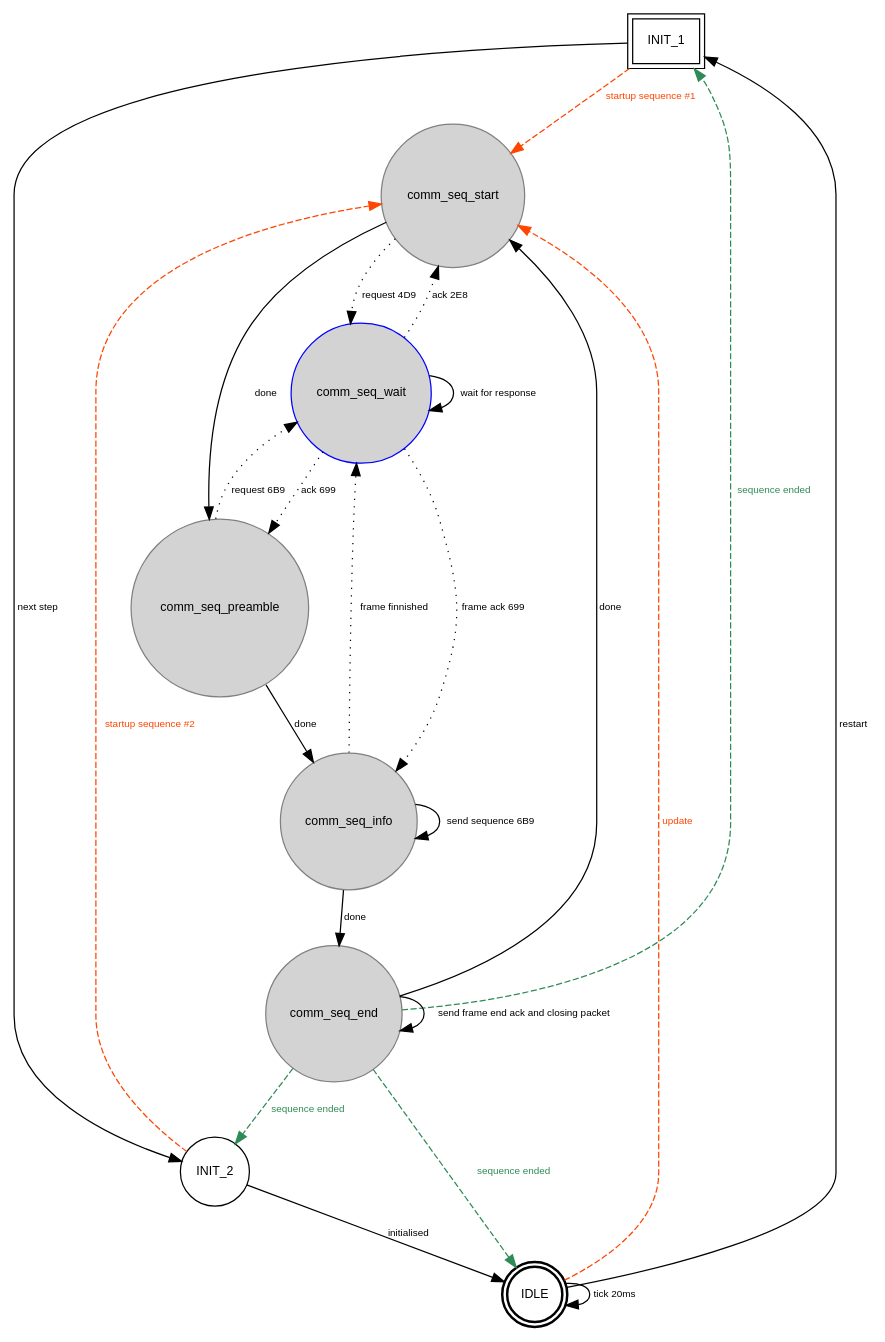
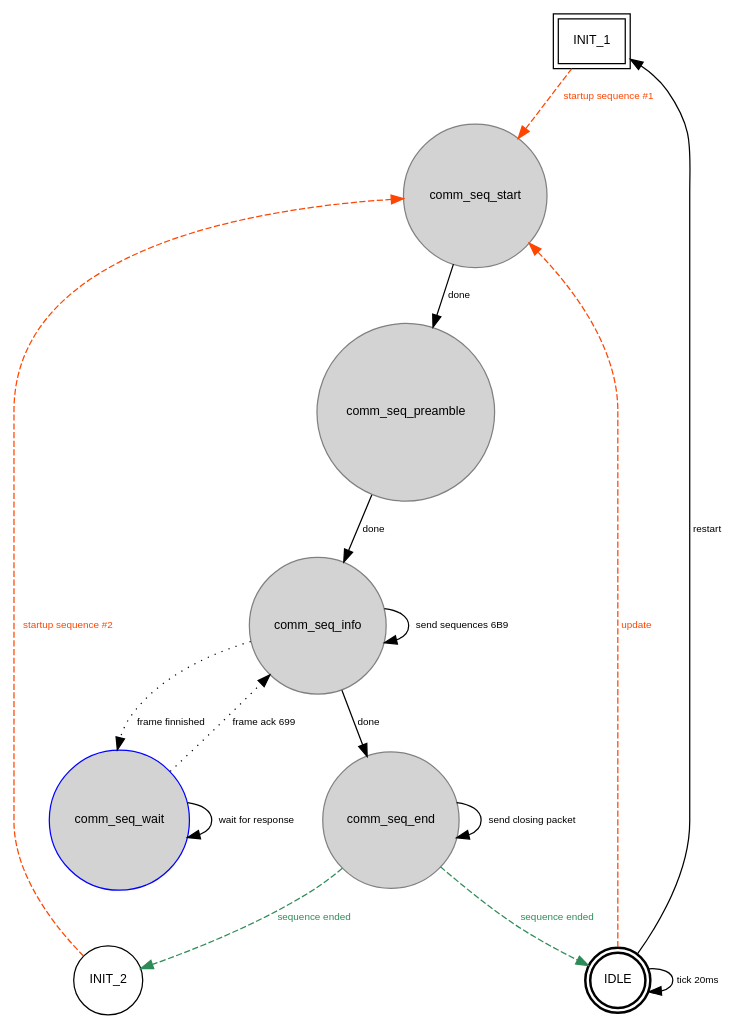
The diagram in CAN2matrix/doc/dot/comm_ic_statemachine.dot (mkleemann/CAN2matrix), drawn with Graphviz before and after one commit. The commit also changed 2 other files, not shown here.

Commit message:
intermediate stage of new state machine and sequence handling; compiles but does not run

```diff
--- a/CAN2matrix/doc/dot/comm_ic_statemachine.dot
+++ b/CAN2matrix/doc/dot/comm_ic_statemachine.dot
@@ -1,42 +1,34 @@
 digraph comm_ic_fsm {
     node [shape=circle, fontname="Helvetica", fontsize=10.0];
     edge [fontname="Helvetica", fontsize=8.0];
 
     INIT_1 [shape=box, peripheries=2];
     INIT_1 -> comm_seq_start [label="startup sequence #1", style=dashed, color=orangered, fontcolor=orangered];
-    INIT_1 -> INIT_2 [label="next step"];
 
     INIT_2 -> comm_seq_start [label="startup sequence #2", style=dashed, color=orangered, fontcolor=orangered];
-    INIT_2 -> IDLE [label="initialised"]
 
     IDLE [style=bold, peripheries=2];
     IDLE -> IDLE [label="tick 20ms"];
     IDLE -> comm_seq_start [label="update", style=dashed, color=orangered, fontcolor=orangered];
     IDLE -> INIT_1 [label="restart"];
 
     comm_seq_wait [style=filled, fillcolor=lightgrey, color=blue];
     comm_seq_wait -> comm_seq_wait [label="wait for response"];
-    comm_seq_wait -> comm_seq_start [label="ack 2E8", style=dotted];
-    comm_seq_wait -> comm_seq_preamble [label="ack 699", style=dotted];
     comm_seq_wait -> comm_seq_info [label="frame ack 699", style=dotted];
 
     comm_seq_start [style=filled, fillcolor=lightgrey, color=grey];
     comm_seq_start -> comm_seq_preamble [label="done"];
-    comm_seq_start -> comm_seq_wait [label="request 4D9", style=dotted];
 
     comm_seq_preamble [style=filled, fillcolor=lightgrey, color=grey];
     comm_seq_preamble -> comm_seq_info [label="done"];
-    comm_seq_preamble -> comm_seq_wait [label="request 6B9", style=dotted];
 
     comm_seq_info [style=filled, fillcolor=lightgrey, color=grey];
-    comm_seq_info -> comm_seq_info [label="send sequence 6B9"];
+    comm_seq_info -> comm_seq_info [label="send sequences 6B9"];
     comm_seq_info -> comm_seq_wait [label="frame finnished", style=dotted];
     comm_seq_info -> comm_seq_end [label="done"];
 
     comm_seq_end [style=filled, fillcolor=lightgrey, color=grey];
-    comm_seq_end -> comm_seq_end [label="send frame end ack and closing packet"];
-    comm_seq_end -> INIT_1 [label="sequence ended", style=dashed, color=seagreen, fontcolor=seagreen];
+    comm_seq_end -> comm_seq_end [label="send closing packet"];
     comm_seq_end -> INIT_2 [label="sequence ended", style=dashed, color=seagreen, fontcolor=seagreen];
     comm_seq_end -> IDLE [label="sequence ended", style=dashed, color=seagreen, fontcolor=seagreen];
-    comm_seq_end -> comm_seq_start [label="done"];
 }
```
